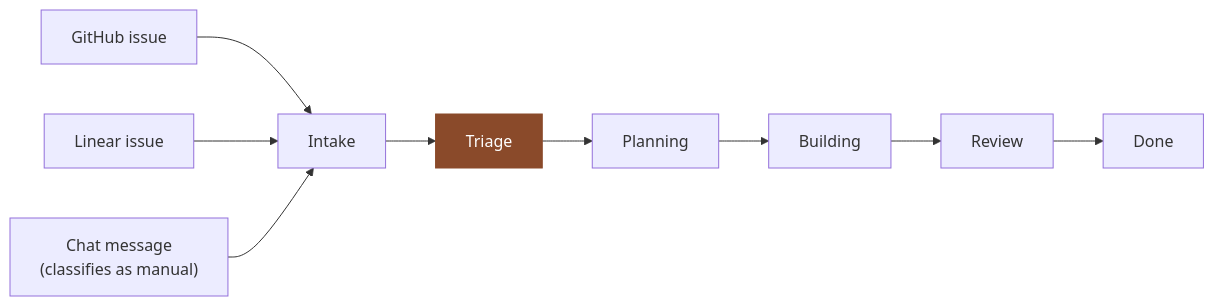
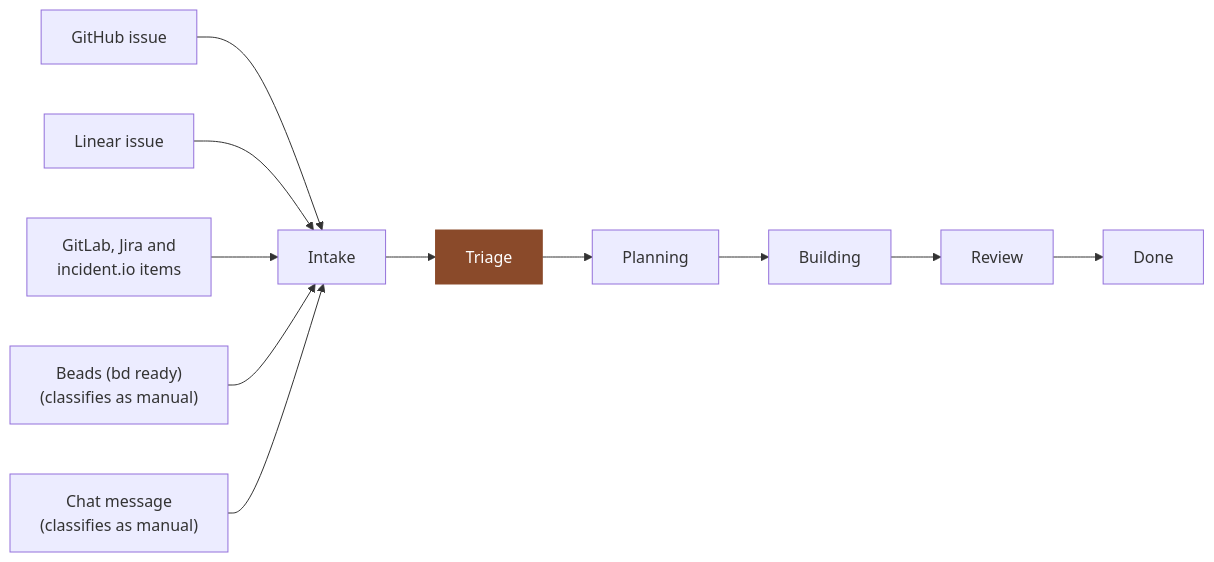
One commit to hamchowderr/samskara changed the diagram in README.md. Above: the diagram before and after it, drawn with Mermaid. The commit also changed other lines of this file and 32 other files, not shown here.

````diff
--- a/README.md
+++ b/README.md
@@ -93,10 +93,12 @@
 ```mermaid
 flowchart LR
     GH["GitHub issue"] --> IN
     LN["Linear issue"] --> IN
+    OT["GitLab, Jira and<br/>incident.io items"] --> IN
+    BD["Beads (bd ready)<br/>(classifies as manual)"] --> IN
     CH["Chat message<br/>(classifies as manual)"] --> IN
 
     IN["Intake"] --> TR["Triage"] --> PL["Planning"] --> BU["Building"] --> RV["Review"] --> DN["Done"]
 
     style TR fill:#8a4a2a,stroke:#8a4a2a,color:#fff
 ```
````
